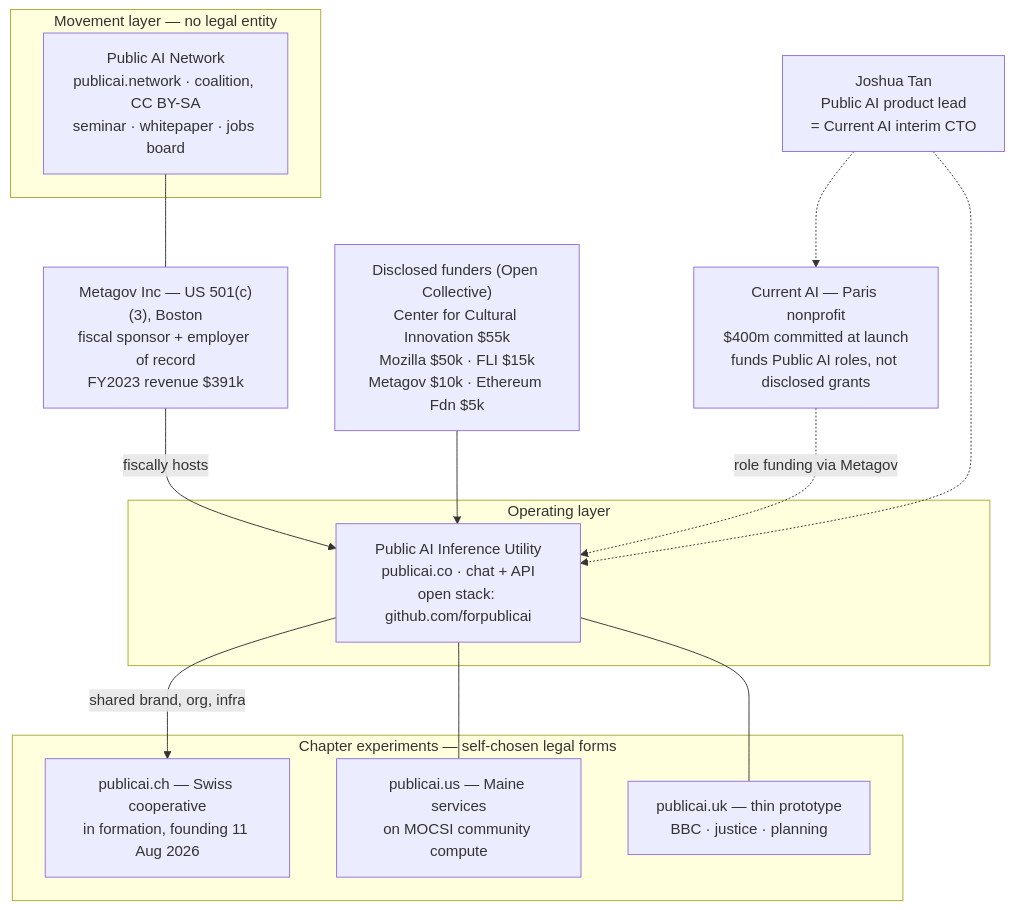
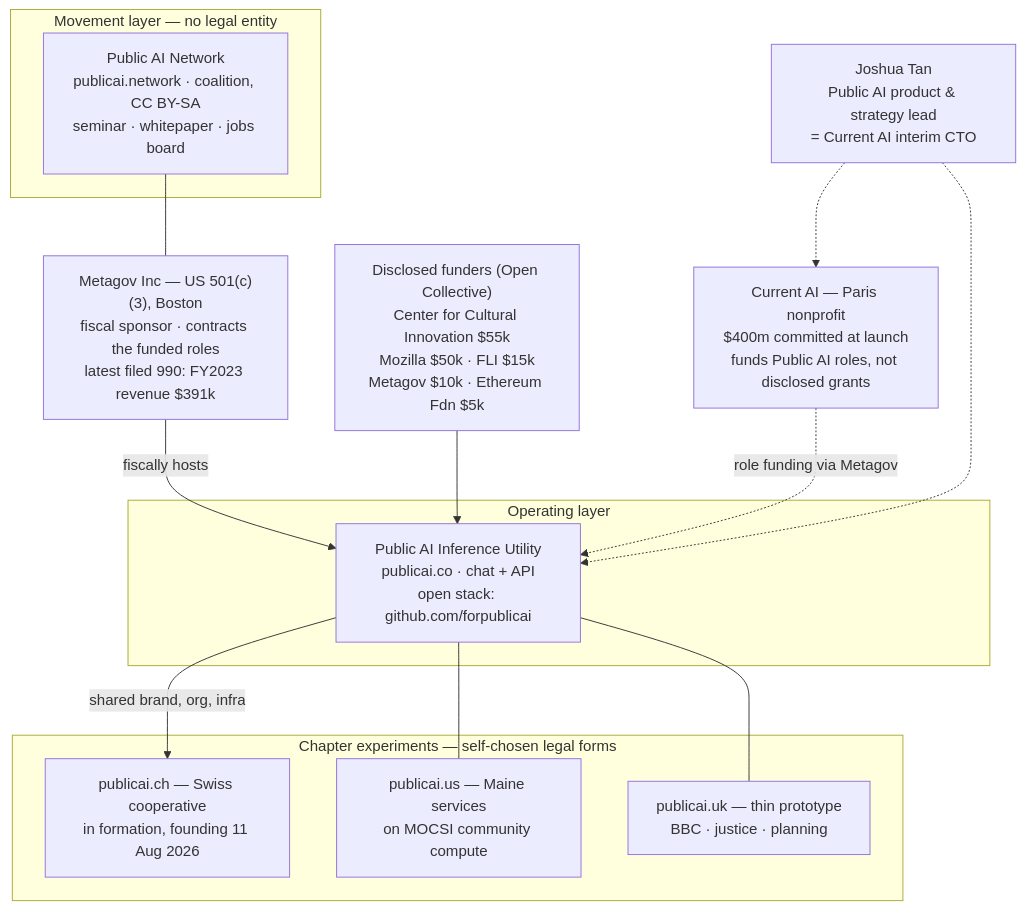
Before and after one commit to robertschaub/our-ai-charter: the first of 4 diagrams in docs/wip/public-ai-what-they-build.md, drawn with Mermaid. The commit also changed other lines of this file and 2 other files, not shown here.

First line of the commit message:
docs(wip): apply adversarial-review fixes to the Public AI deep-dive

````diff
--- a/docs/wip/public-ai-what-they-build.md
+++ b/docs/wip/public-ai-what-they-build.md
@@ -18,34 +18,32 @@
 ```mermaid
 flowchart TB
   subgraph MOVE["Movement layer — no legal entity"]
     NET["Public AI Network<br/>publicai.network · coalition, CC BY-SA<br/>seminar · whitepaper · jobs board"]
   end
 
-  MG["Metagov Inc — US 501(c)(3), Boston<br/>fiscal sponsor + employer of record<br/>FY2023 revenue $391k"]
+  MG["Metagov Inc — US 501(c)(3), Boston<br/>fiscal sponsor · contracts the funded roles<br/>latest filed 990: FY2023 revenue $391k"]
 
   subgraph OPS["Operating layer"]
     UTIL["Public AI Inference Utility<br/>publicai.co · chat + API<br/>open stack: github.com/forpublicai"]
   end
 
   subgraph CHAP["Chapter experiments — self-chosen legal forms"]
     CHX["publicai.ch — Swiss cooperative<br/>in formation, founding 11 Aug 2026"]
     US["publicai.us — Maine services<br/>on MOCSI community compute"]
     UK["publicai.uk — thin prototype<br/>BBC · justice · planning"]
   end
 
   FUND["Disclosed funders (Open Collective)<br/>Center for Cultural Innovation $55k<br/>Mozilla $50k · FLI $15k<br/>Metagov $10k · Ethereum Fdn $5k"]
   CAI["Current AI — Paris nonprofit<br/>$400m committed at launch<br/>funds Public AI roles, not disclosed grants"]
-  TAN["Joshua Tan<br/>Public AI product lead<br/>= Current AI interim CTO"]
+  TAN["Joshua Tan<br/>Public AI product & strategy lead<br/>= Current AI interim CTO"]
 
   NET --- MG
   MG -->|fiscally hosts| UTIL
   UTIL -->|shared brand, org, infra| CHX
   UTIL --- US
   UTIL --- UK
   FUND --> UTIL
   CAI -.->|role funding via Metagov| UTIL
   TAN -.-> CAI
   TAN -.-> UTIL
-
-  classDef warn stroke:#D85A30,stroke-dasharray:5 3,color:#993C1D;
 ```
````
